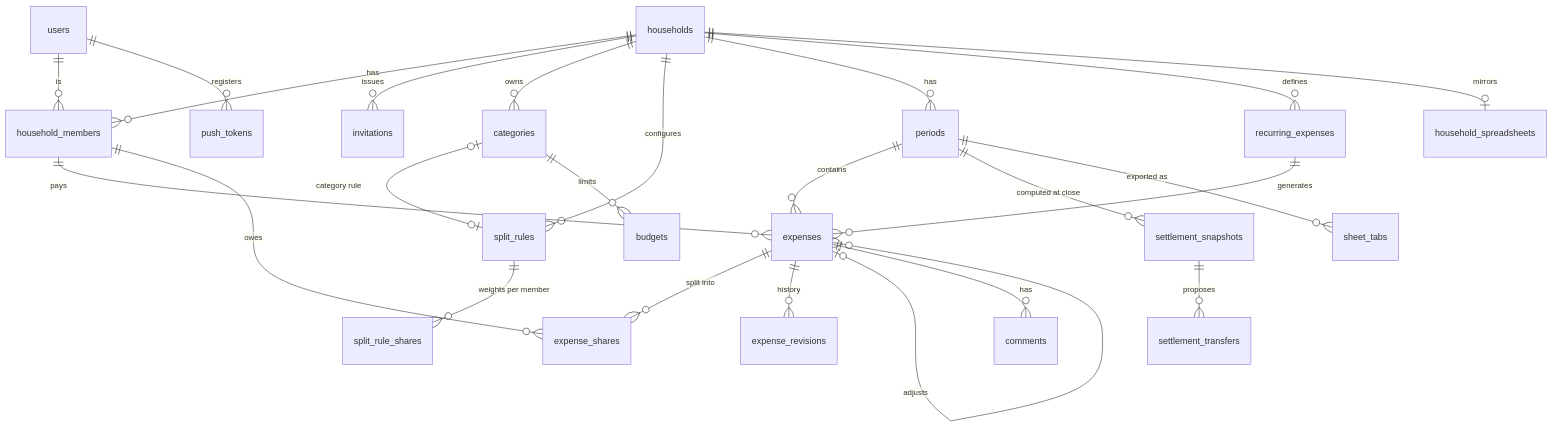
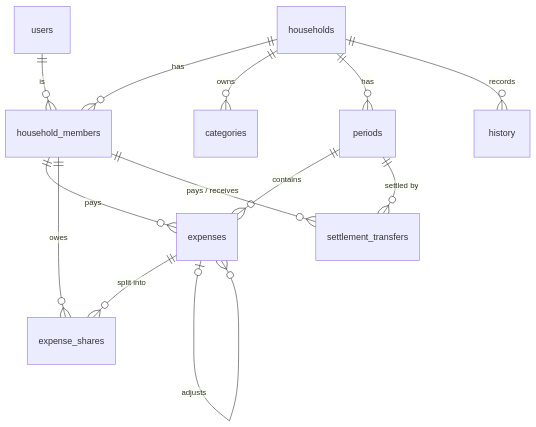
One commit to Frankovg/split-ranch changed the diagram in docs/02-data-model.md. Above: the diagram before and after it, drawn with Mermaid. The commit also changed other lines of this file and 61 other files, not shown here.

````diff
--- a/docs/02-data-model.md
+++ b/docs/02-data-model.md
@@ -15,26 +18,15 @@
 ```mermaid
 erDiagram
   users ||--o{ household_members : "is"
-  users ||--o{ push_tokens : registers
   households ||--o{ household_members : has
-  households ||--o{ invitations : issues
   households ||--o{ categories : owns
-  households ||--o{ split_rules : configures
   households ||--o{ periods : has
-  households ||--o{ recurring_expenses : defines
-  households ||--o| household_spreadsheets : mirrors
-  split_rules ||--o{ split_rule_shares : "weights per member"
-  categories |o--o| split_rules : "category rule"
+  households ||--o{ history : records
   periods ||--o{ expenses : contains
-  periods ||--o{ settlement_snapshots : "computed at close"
-  settlement_snapshots ||--o{ settlement_transfers : proposes
+  periods ||--o{ settlement_transfers : "settled by"
   household_members ||--o{ expenses : pays
   expenses ||--o{ expense_shares : "split into"
   household_members ||--o{ expense_shares : owes
-  expenses ||--o{ expense_revisions : "history"
+  household_members ||--o{ settlement_transfers : "pays / receives"
   expenses |o--o{ expenses : "adjusts"
-  expenses ||--o{ comments : has
-  recurring_expenses ||--o{ expenses : generates
-  categories ||--o{ budgets : limits
-  periods ||--o{ sheet_tabs : "exported as"
 ```
````
